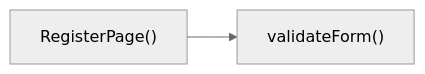
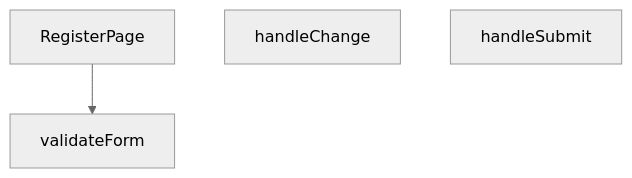
The diagram in src/views/RegisterPage.md (peckop/venthub-hvac-esite), drawn with Mermaid (neutral theme) before and after one commit. The commit also changed other lines of this file and 56 other files, not shown here.

````diff
--- a/src/views/RegisterPage.md
+++ b/src/views/RegisterPage.md
@@ -158,4 +105,8 @@
 ```mermaid
-graph LR
-    RegisterPage["RegisterPage()"] --> validateForm["validateForm()"]
+graph TD
+    RegisterPage_tsx__RegisterPage["RegisterPage"]
+    RegisterPage_tsx__handleChange["handleChange"]
+    RegisterPage_tsx__handleSubmit["handleSubmit"]
+    RegisterPage_tsx__validateForm["validateForm"]
+    RegisterPage_tsx__RegisterPage --> RegisterPage_tsx__validateForm
 ```
````
